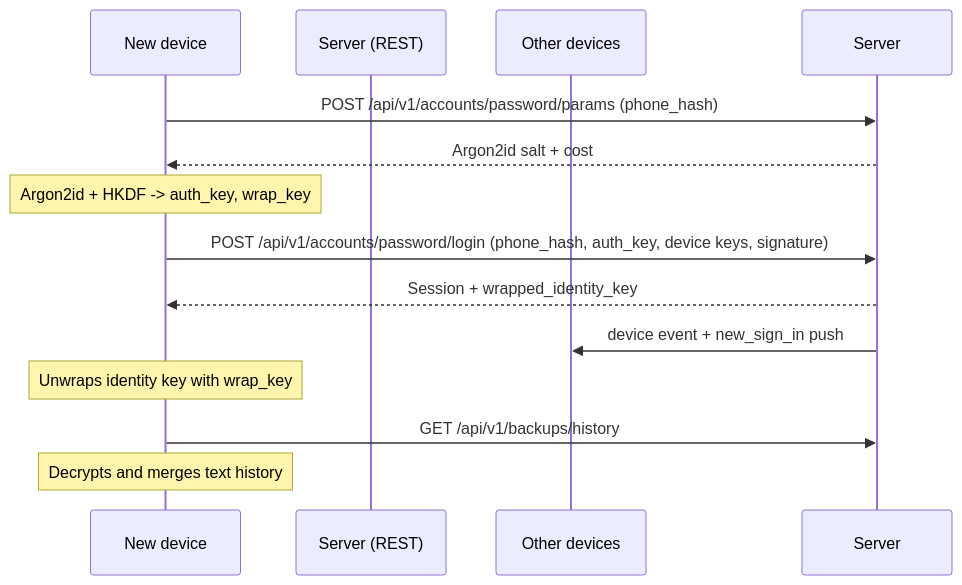
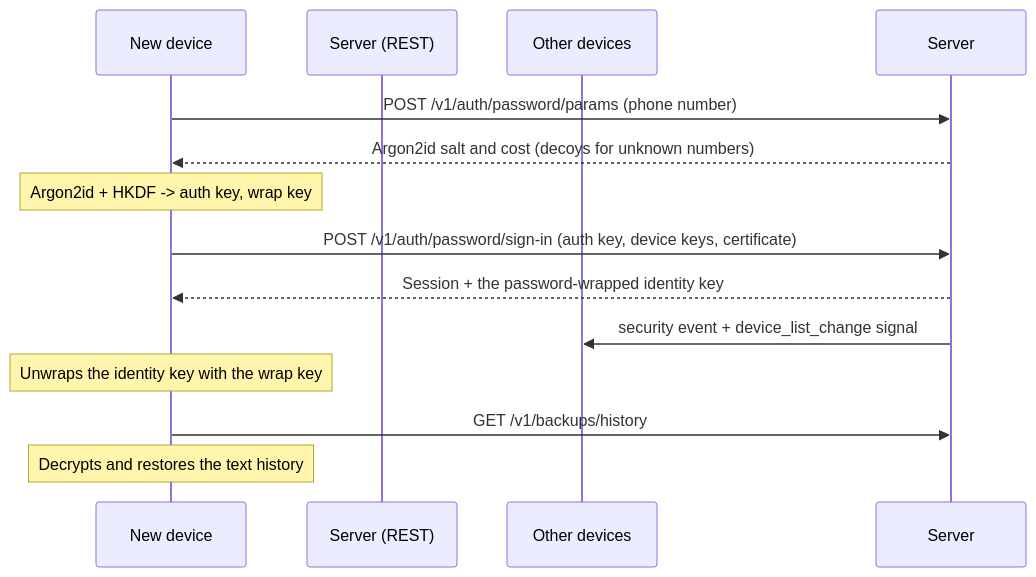
The second of 4 diagrams in helix_remote/docs/product/DATA_FLOW.md (Saif287472/helix), drawn with Mermaid before and after one commit. The commit also changed other lines of this file and 391 other files, not shown here.

````diff
--- a/helix_remote/docs/product/DATA_FLOW.md
+++ b/helix_remote/docs/product/DATA_FLOW.md
@@ -26,16 +34,16 @@
 ```mermaid
 sequenceDiagram
     participant New device
     participant Server (REST)
     participant Other devices
 
-    New device->>Server: POST /api/v1/accounts/password/params (phone_hash)
-    Server-->>New device: Argon2id salt + cost
-    Note over New device: Argon2id + HKDF -> auth_key, wrap_key
-    New device->>Server: POST /api/v1/accounts/password/login (phone_hash, auth_key, device keys, signature)
-    Server-->>New device: Session + wrapped_identity_key
-    Server->>Other devices: device event + new_sign_in push
-    Note over New device: Unwraps identity key with wrap_key
-    New device->>Server: GET /api/v1/backups/history
-    Note over New device: Decrypts and merges text history
+    New device->>Server: POST /v1/auth/password/params (phone number)
+    Server-->>New device: Argon2id salt and cost (decoys for unknown numbers)
+    Note over New device: Argon2id + HKDF -> auth key, wrap key
+    New device->>Server: POST /v1/auth/password/sign-in (auth key, device keys, certificate)
+    Server-->>New device: Session + the password-wrapped identity key
+    Server->>Other devices: security event + device_list_change signal
+    Note over New device: Unwraps the identity key with the wrap key
+    New device->>Server: GET /v1/backups/history
+    Note over New device: Decrypts and restores the text history
 ```
````
